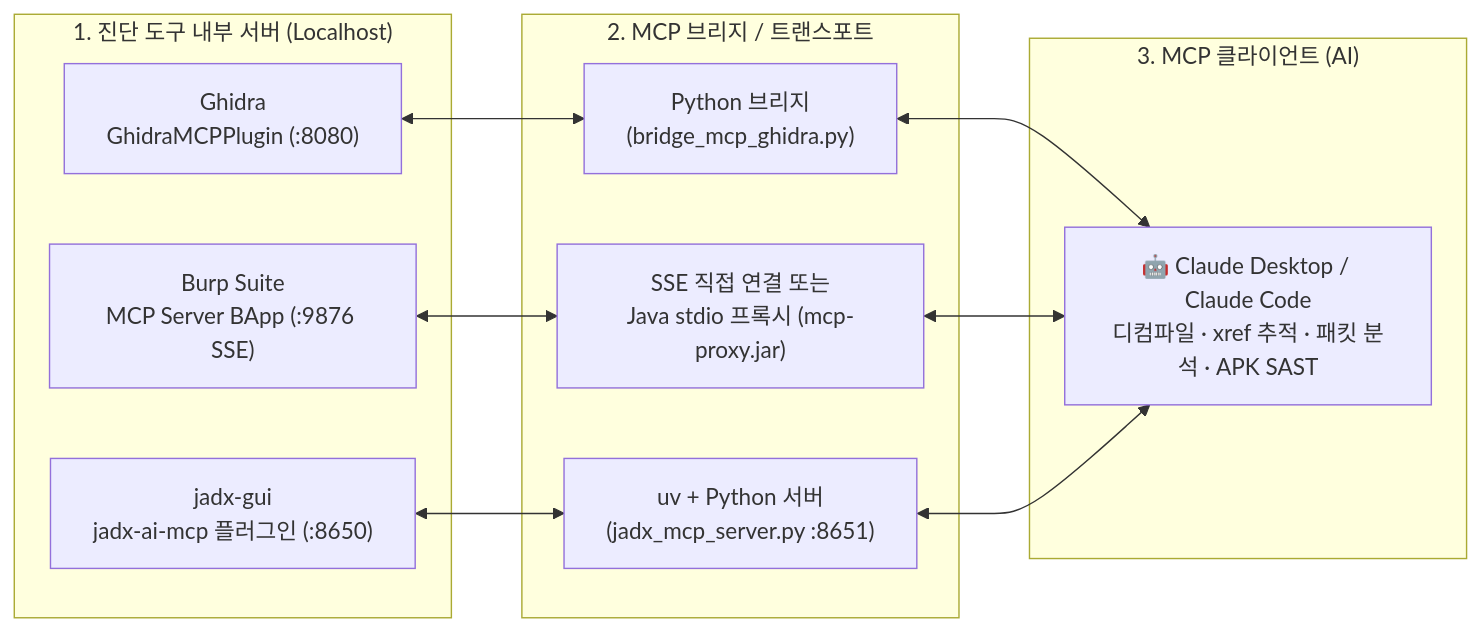
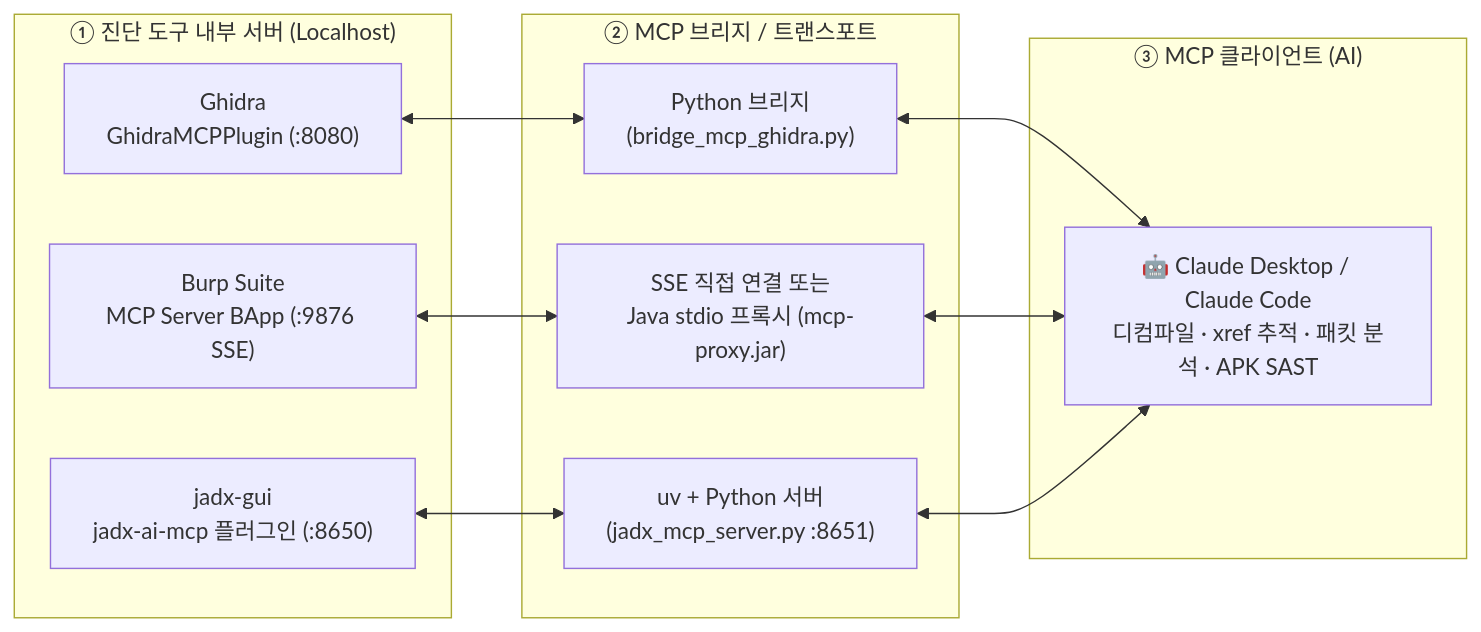
One commit to gooyong-sec/gooyong-sec.github.io changed the diagram in content/도구/취약점 진단 툴에 MCP 붙이기 Ghidra Burp jadx.md. Above: the diagram before and after it, drawn with Mermaid. The commit also changed 28 other files, not shown here.

First line of the commit message:
fix: eliminate remaining mermaid markdown-list misparse across all diagrams

````diff
--- a/content/도구/취약점 진단 툴에 MCP 붙이기 Ghidra Burp jadx.md
+++ b/content/도구/취약점 진단 툴에 MCP 붙이기 Ghidra Burp jadx.md
@@ -21,19 +21,19 @@
 ```mermaid
 flowchart LR
-    subgraph Tools["1. 진단 도구 내부 서버 (Localhost)"]
+    subgraph Tools["① 진단 도구 내부 서버 (Localhost)"]
         G["Ghidra<br/>GhidraMCPPlugin (:8080)"]
         B["Burp Suite<br/>MCP Server BApp (:9876 SSE)"]
         J["jadx-gui<br/>jadx-ai-mcp 플러그인 (:8650)"]
     end
-    subgraph Bridges["2. MCP 브리지 / 트랜스포트"]
+    subgraph Bridges["② MCP 브리지 / 트랜스포트"]
         GB["Python 브리지<br/>(bridge_mcp_ghidra.py)"]
         BB["SSE 직접 연결 또는<br/>Java stdio 프록시 (mcp-proxy.jar)"]
         JB["uv + Python 서버<br/>(jadx_mcp_server.py :8651)"]
     end
-    subgraph Client["3. MCP 클라이언트 (AI)"]
+    subgraph Client["③ MCP 클라이언트 (AI)"]
         C["🤖 Claude Desktop / Claude Code<br/>디컴파일 · xref 추적 · 패킷 분석 · APK SAST"]
     end
     G <--> GB <--> C
     B <--> BB <--> C
     J <--> JB <--> C
 ```
````
